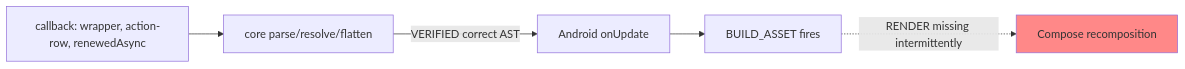
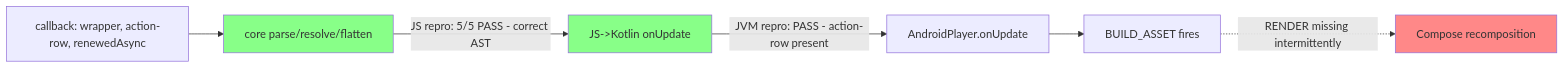
The diagram in HANDOVER-android-action-row.md (player-ui/player), drawn with Mermaid before and after one commit. The commit also changed other lines of this file and 2 other files, not shown here.

First line of the commit message:
Add platform-layer (JVM) onUpdate proof + Tier B Android render scaffold

````diff
--- a/HANDOVER-android-action-row.md
+++ b/HANDOVER-android-action-row.md
@@ -32,8 +41,11 @@
 ```mermaid
 flowchart LR
   A[callback: wrapper, action-row, renewedAsync] --> B[core parse/resolve/flatten]
-  B -->|VERIFIED correct AST| C[Android onUpdate]
-  C --> D[BUILD_ASSET fires]
-  D -.->|RENDER missing intermittently| E[Compose recomposition]
-  style E fill:#f88
+  B -->|JS repro: 5/5 PASS - correct AST| C[JS->Kotlin onUpdate]
+  C -->|JVM repro: PASS - action-row present| D[AndroidPlayer.onUpdate]
+  D --> E[BUILD_ASSET fires]
+  E -.->|RENDER missing intermittently| F[Compose recomposition]
+  style B fill:#8f8
+  style C fill:#8f8
+  style F fill:#f88
 ```
````
